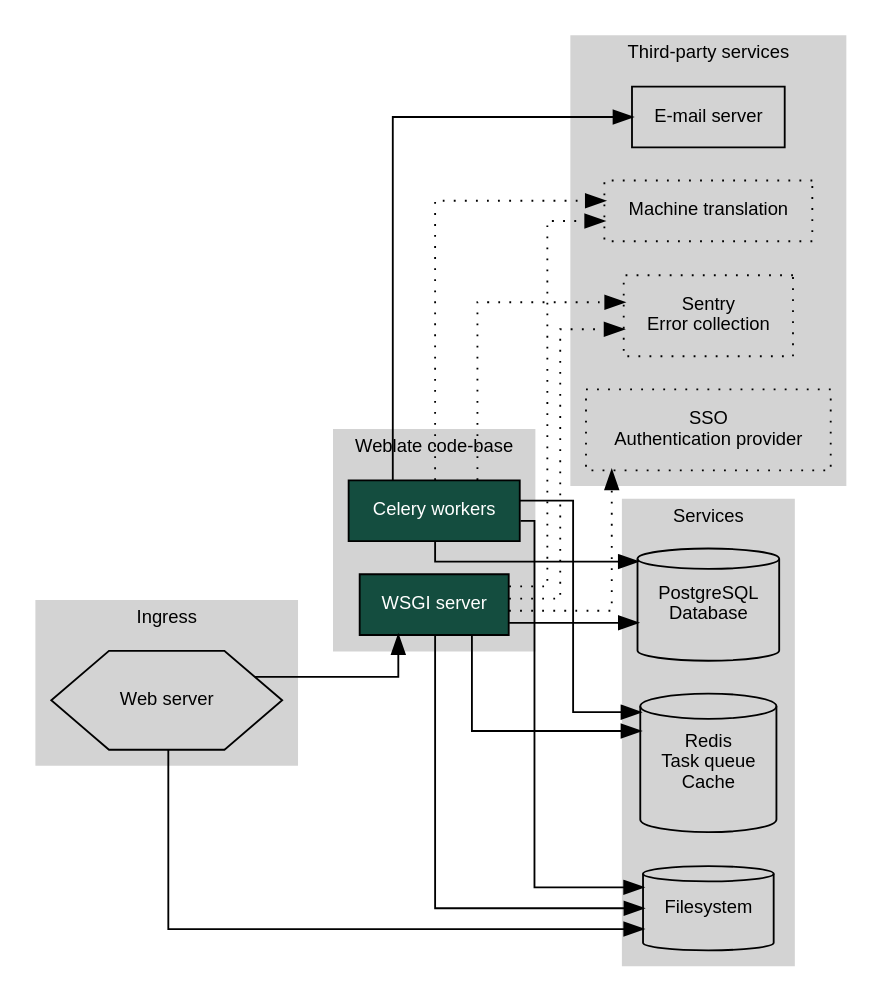
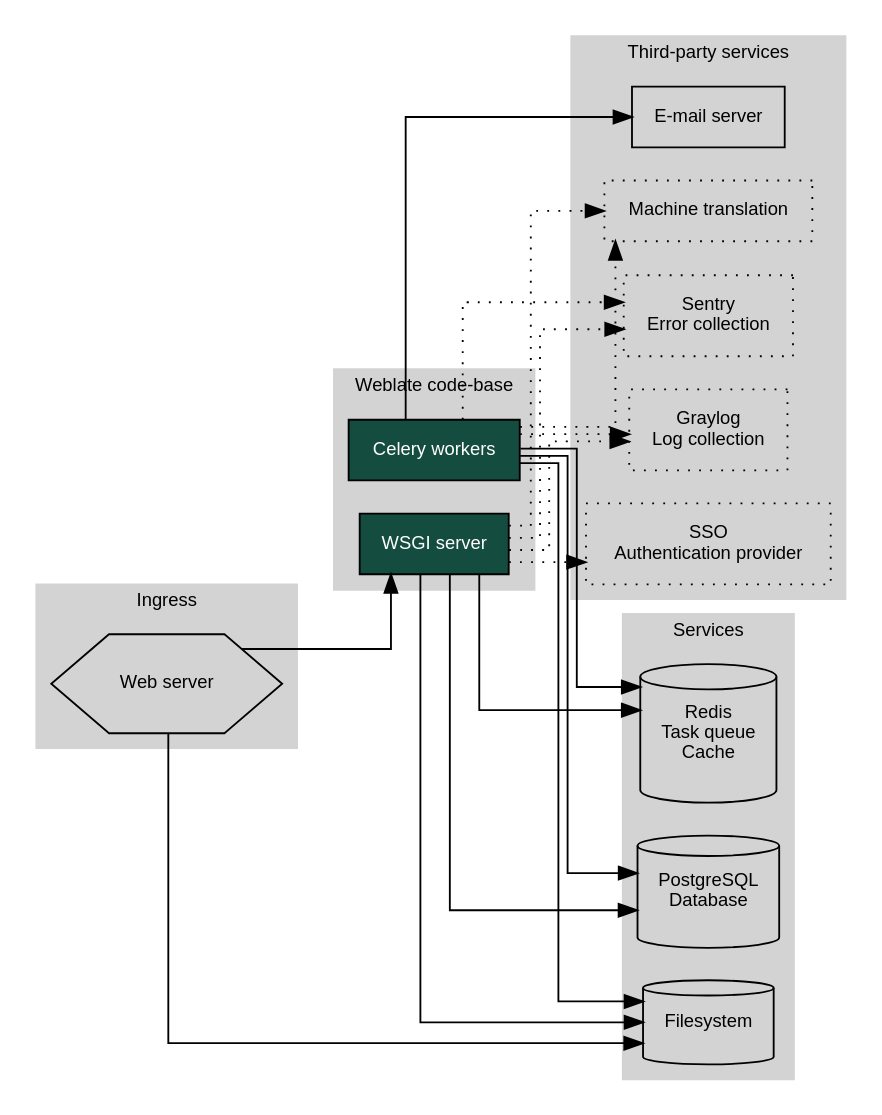
One commit to WeblateOrg/weblate changed the diagram in docs/admin/install.rst. Above: the diagram before and after it, drawn with Graphviz. The commit also changed other lines of this file and 7 other files, not shown here.

```diff
--- a/docs/admin/install.rst
+++ b/docs/admin/install.rst
@@ -68,6 +68,8 @@
          mt	[label="Machine translation",
             style=dotted];
          sentry	[label="Sentry\nError collection",
+            style=dotted];
+         graylog	[label="Graylog\nLog collection",
             style=dotted];
          mail	[label="E-mail server"];
          auth	[label="SSO\nAuthentication provider",
@@ -111,12 +113,14 @@
       web -> fs;
       celery -> mt	[style=dotted];
       celery -> sentry	[style=dotted];
+      celery -> graylog	[style=dotted];
       celery -> mail;
       celery -> redis;
       celery -> db;
       celery -> fs;
       wsgi -> mt	[style=dotted];
       wsgi -> sentry	[style=dotted];
+      wsgi -> graylog	[style=dotted];
       wsgi -> auth	[style=dotted];
       wsgi -> redis;
       wsgi -> db;
```
